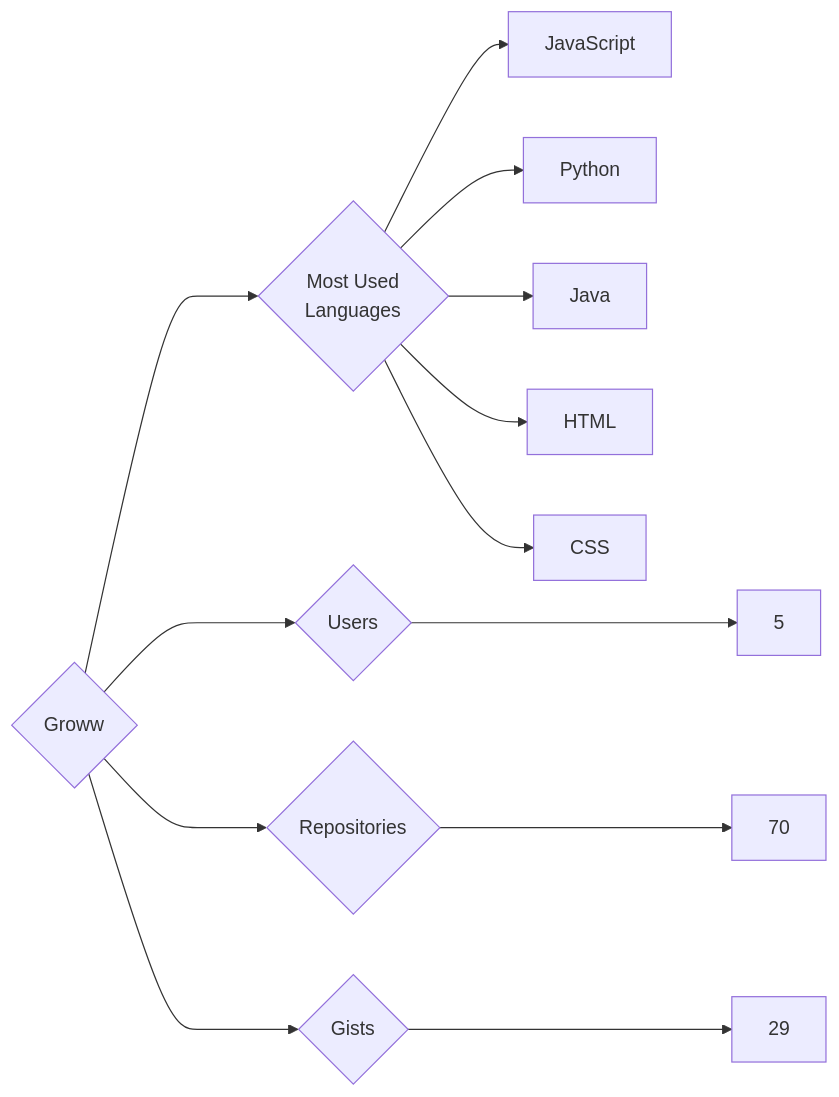
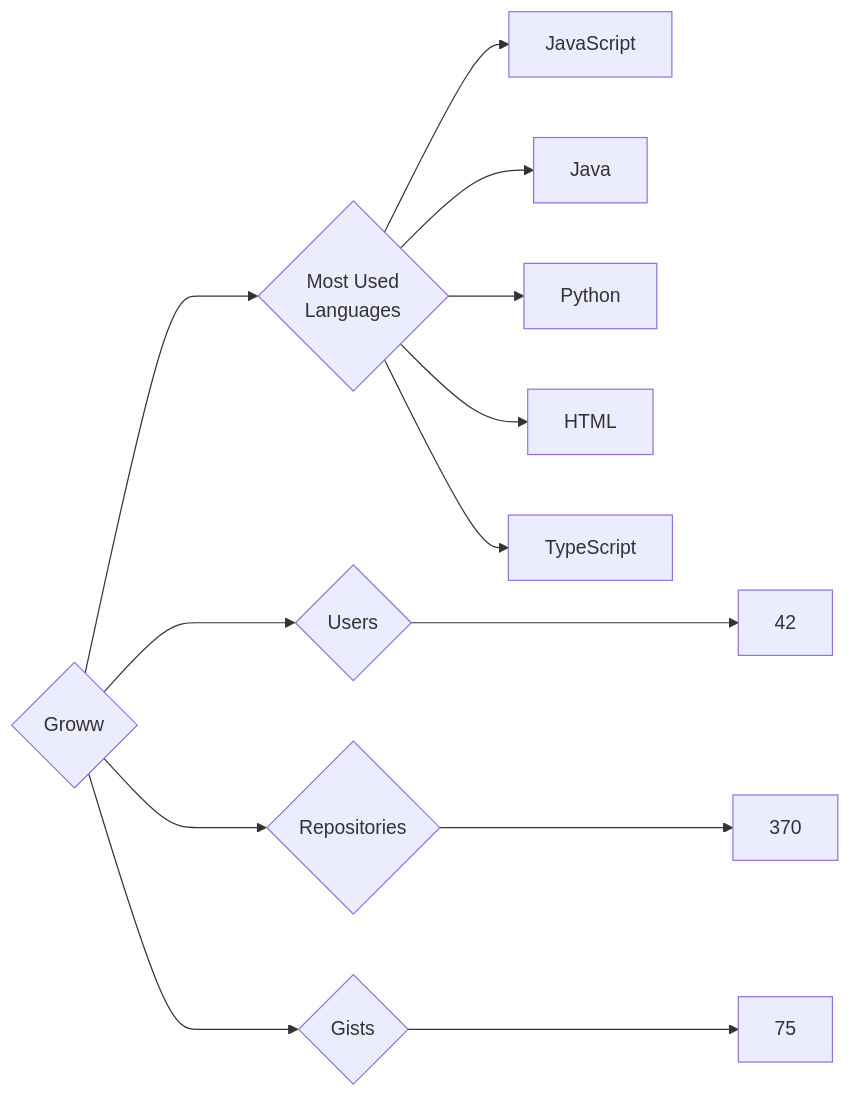
The diagram in targets/Groww/README.md (trickest/insiders), drawn with Mermaid before and after one commit. The commit also changed 872 other files, not shown here.

````diff
--- a/targets/Groww/README.md
+++ b/targets/Groww/README.md
@@ -3,13 +3,13 @@
 ```mermaid
 graph LR
 COMPANY_NAME{Groww}
-COMPANY_NAME ---> U{Users} ---> UN[5]
-COMPANY_NAME ---> R{Repositories} ---> RN[70]
-COMPANY_NAME ---> G{Gists} ---> GN[29]
+COMPANY_NAME ---> U{Users} ---> UN[42]
+COMPANY_NAME ---> R{Repositories} ---> RN[370]
+COMPANY_NAME ---> G{Gists} ---> GN[75]
 COMPANY_NAME ---> ML{Most Used<br>Languages}
 ML --> JavaScript[JavaScript]
+ML --> Java[Java]
 ML --> Python[Python]
-ML --> Java[Java]
 ML --> HTML[HTML]
-ML --> CSS[CSS]
+ML --> TypeScript[TypeScript]
 ```
````
